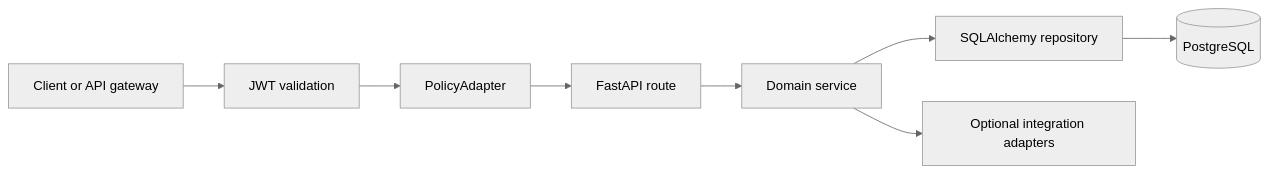
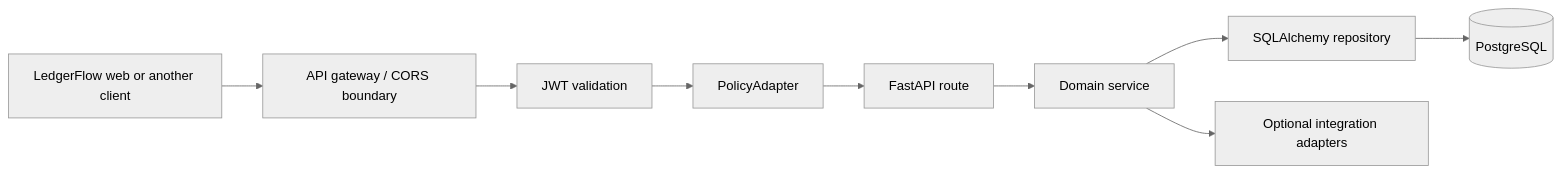
The diagram in docs/architecture.md (soubhik-sen/charge-management-api), drawn with Mermaid (neutral theme) before and after one commit. The commit also changed other lines of this file and 28 other files, not shown here.

Commit message:
Add LedgerFlow web application

````diff
--- a/docs/architecture.md
+++ b/docs/architecture.md
@@ -15,10 +16,11 @@
 ```mermaid
 flowchart LR
-    C["Client or API gateway"] --> J["JWT validation"]
+    U["LedgerFlow web or another client"] --> C["API gateway / CORS boundary"]
+    C --> J["JWT validation"]
     J --> P["PolicyAdapter"]
     P --> A["FastAPI route"]
     A --> D["Domain service"]
     D --> R["SQLAlchemy repository"]
     R --> DB[(PostgreSQL)]
     D --> X["Optional integration adapters"]
 ```
````
